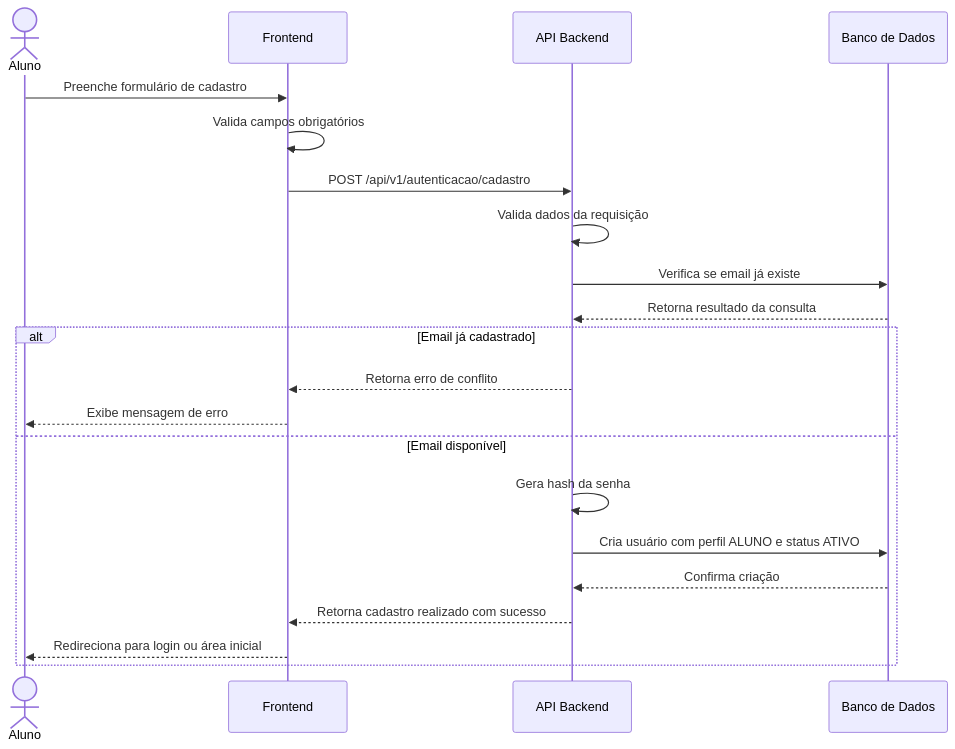
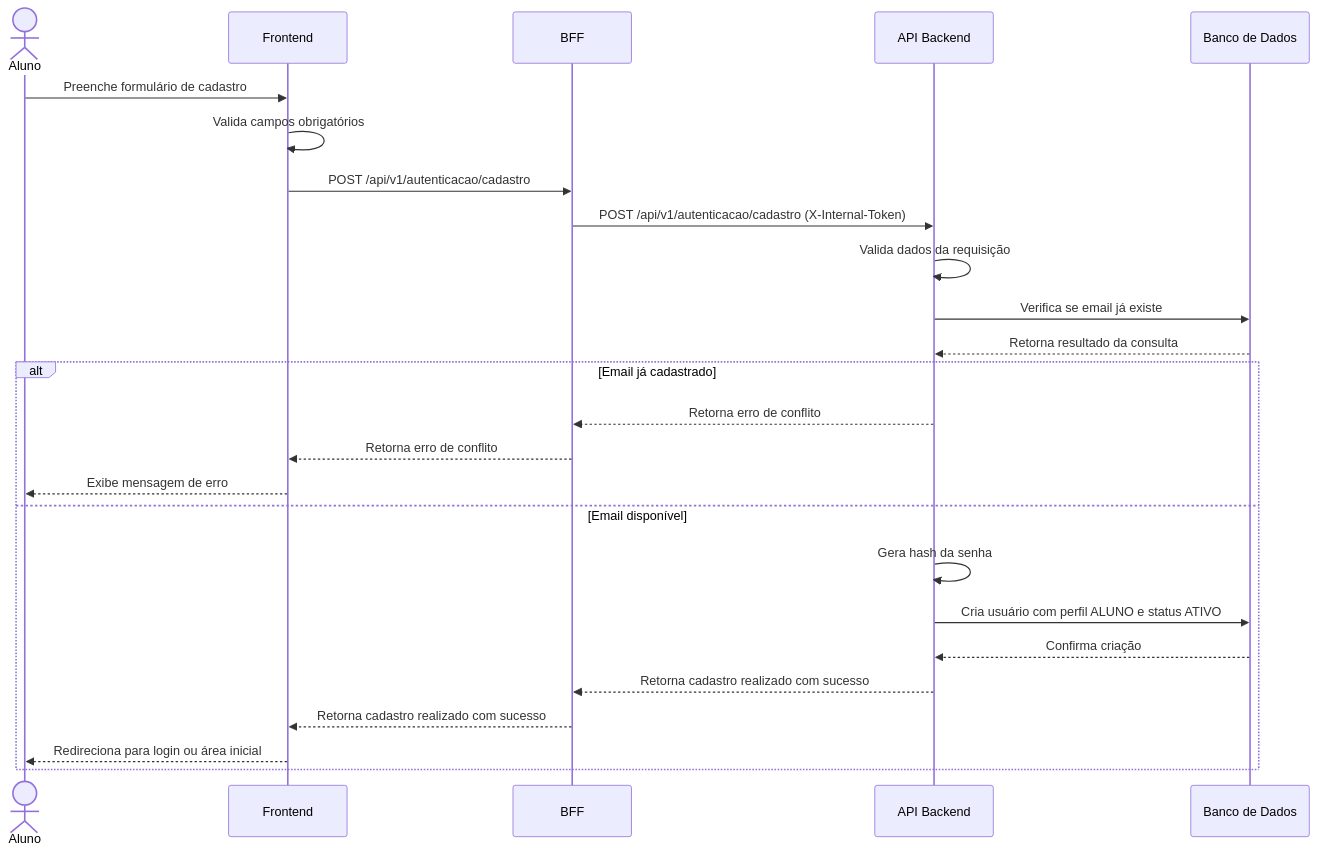
One commit to fga-eps-mds/2026-1-AnatoQuizUp-Doc changed the second of 8 diagrams in docs/arquitetura/visoes/processos.md. Above: the diagram before and after it, drawn with Mermaid. The commit also changed other lines of this file and 14 other files, not shown here.

````diff
--- a/docs/arquitetura/visoes/processos.md
+++ b/docs/arquitetura/visoes/processos.md
@@ -30,25 +34,29 @@
 ```mermaid
 sequenceDiagram
     actor Aluno
     participant Frontend
+    participant BFF
     participant Backend as API Backend
     participant Banco as Banco de Dados
 
     Aluno->>Frontend: Preenche formulário de cadastro
     Frontend->>Frontend: Valida campos obrigatórios
-    Frontend->>Backend: POST /api/v1/autenticacao/cadastro
+    Frontend->>BFF: POST /api/v1/autenticacao/cadastro
+    BFF->>Backend: POST /api/v1/autenticacao/cadastro (X-Internal-Token)
     Backend->>Backend: Valida dados da requisição
     Backend->>Banco: Verifica se email já existe
     Banco-->>Backend: Retorna resultado da consulta
 
     alt Email já cadastrado
-        Backend-->>Frontend: Retorna erro de conflito
+        Backend-->>BFF: Retorna erro de conflito
+        BFF-->>Frontend: Retorna erro de conflito
         Frontend-->>Aluno: Exibe mensagem de erro
     else Email disponível
         Backend->>Backend: Gera hash da senha
         Backend->>Banco: Cria usuário com perfil ALUNO e status ATIVO
         Banco-->>Backend: Confirma criação
-        Backend-->>Frontend: Retorna cadastro realizado com sucesso
+        Backend-->>BFF: Retorna cadastro realizado com sucesso
+        BFF-->>Frontend: Retorna cadastro realizado com sucesso
         Frontend-->>Aluno: Redireciona para login ou área inicial
     end
 ```
````
